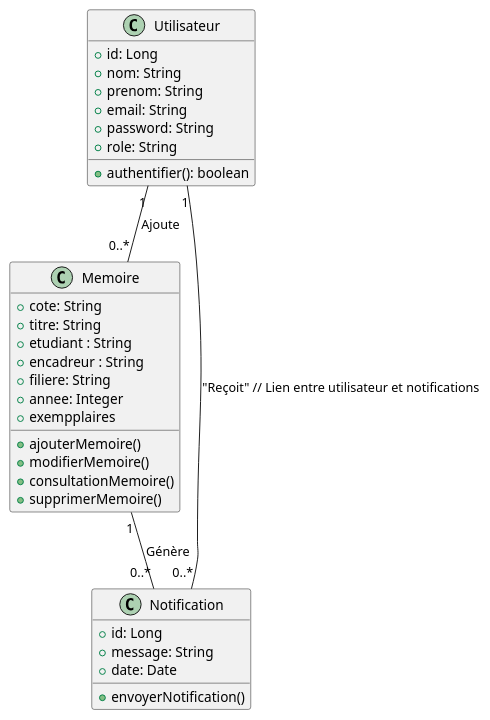
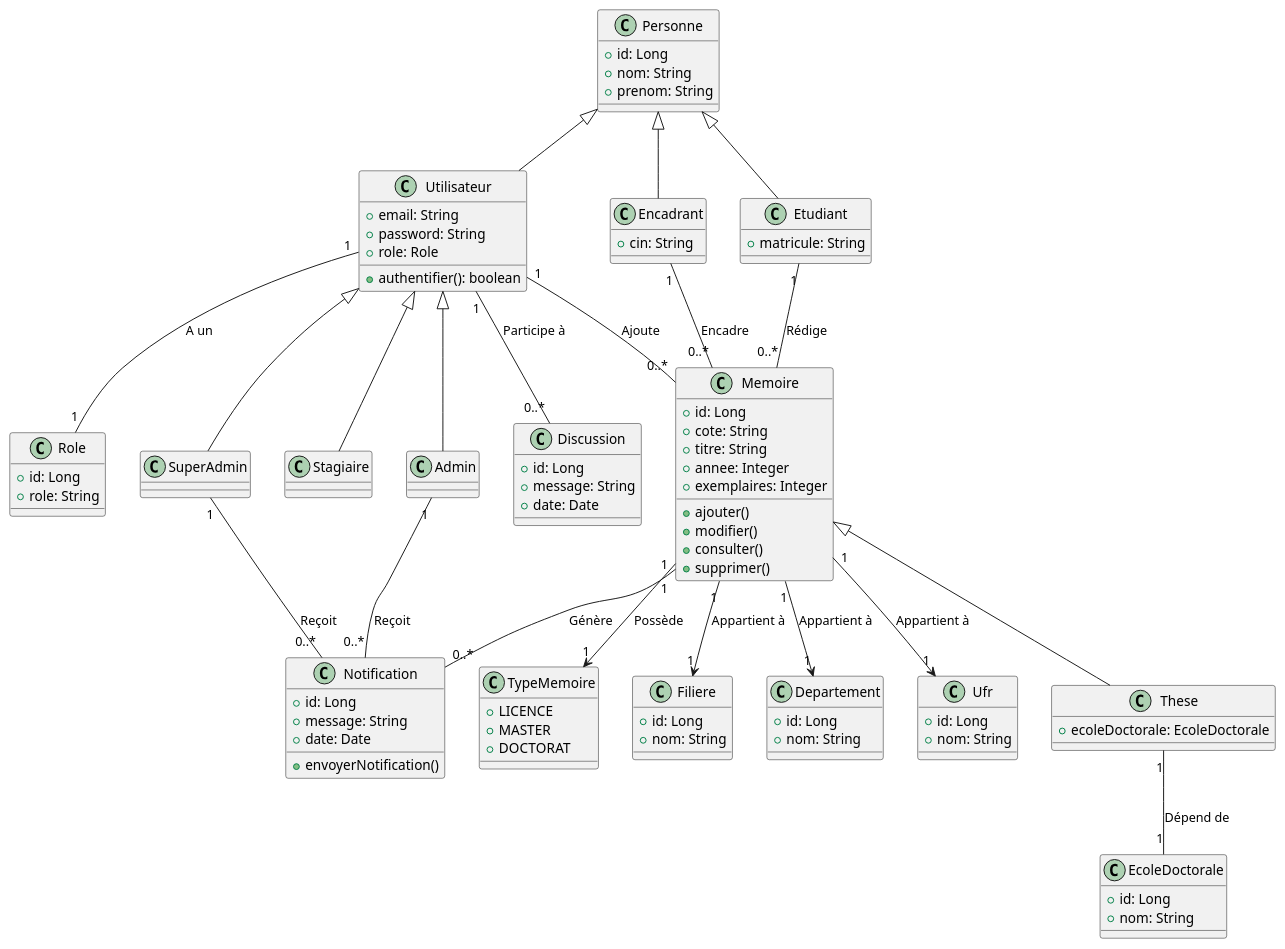
One commit to Aisstou03/memos changed the diagram in Gestion_Memoire_These/src/diagrammes/diagrammes_Classes.puml. Above: the diagram before and after it, drawn with PlantUML. The commit also changed 21 other files, not shown here.

Commit message:
diagrammes

```diff
--- a/Gestion_Memoire_These/src/diagrammes/diagrammes_Classes.puml
+++ b/Gestion_Memoire_These/src/diagrammes/diagrammes_Classes.puml
@@ -3,36 +1,112 @@
 @startuml
-class Utilisateur {
+
+class Personne {
     +id: Long
     +nom: String
     +prenom: String
+}
+
+class Utilisateur extends Personne {
     +email: String
     +password: String
-    +role: String
+    +role: Role
     +authentifier(): boolean
 }
 
+class Encadrant extends Personne {
+     +cin: String
+}
+
+class Etudiant extends Personne {
+      +matricule: String
+}
+
+class Role  {
+      +id: Long
+      +role: String
+}
+
+class SuperAdmin extends Utilisateur {
+}
+
+class Stagiaire extends Utilisateur {
+}
+
+class Admin extends Utilisateur {
+}
+
+class TypeMemoire {
+    +LICENCE
+    +MASTER
+    +DOCTORAT
+}
+
+class Filiere {
+    +id: Long
+    +nom: String
+}
+
+class Departement {
+    +id: Long
+    +nom: String
+}
+
+class Ufr {
+    +id: Long
+    +nom: String
+}
+
+class EcoleDoctorale {
+    +id: Long
+    +nom: String
+}
+
 class Memoire {
+    +id: Long
     +cote: String
     +titre: String
-    +etudiant : String
-    +encadreur : String
-    +filiere: String
     +annee: Integer
-    +exempplaires
-    +ajouterMemoire()
-    +modifierMemoire()
-    +consultationMemoire()
-    +supprimerMemoire()
+    +exemplaires: Integer
+    +ajouter()
+    +modifier()
+    +consulter()
+    +supprimer()
+}
+
+class These extends Memoire {
+     +ecoleDoctorale: EcoleDoctorale
 }
 
 class Notification {
     +id: Long
     +message: String
     +date: Date
     +envoyerNotification()
 }
 
+class Discussion {
+    +id: Long
+    +message: String
+    +date: Date
+}
+
+SuperAdmin "1" -- "0..*" Notification : "Reçoit"
+Admin "1" -- "0..*" Notification : "Reçoit"
 Utilisateur "1" -- "0..*" Memoire : "Ajoute"
+Utilisateur "1" -- "0..*" Discussion : "Participe à"
+
+Etudiant "1" -- "0..*" Memoire : "Rédige"
+Encadrant "1" -- "0..*" Memoire : "Encadre"
+
 Memoire "1" -- "0..*" Notification : "Génère"
-Utilisateur "1" -- "0..*" Notification : "Reçoit" // Lien entre utilisateur et notifications
+
+Memoire "1" --> "1" TypeMemoire : "Possède"
+Memoire "1" --> "1" Filiere : "Appartient à"
+Memoire "1" --> "1" Departement : "Appartient à"
+Memoire "1" --> "1" Ufr : "Appartient à"
+
+These "1" -- "1" EcoleDoctorale : "Dépend de"
+
+Utilisateur "1" -- "1" Role : "A un"
+
 @enduml
```
